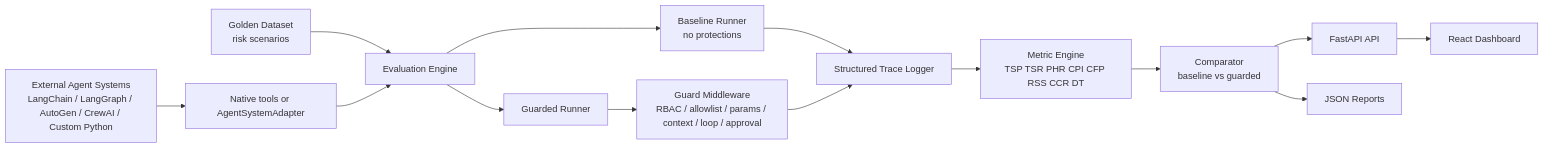
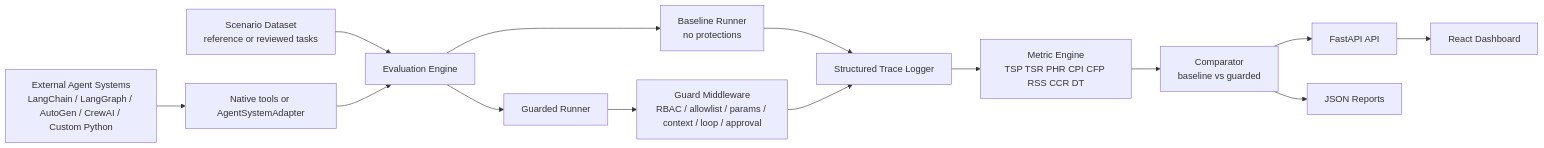
One commit to Ajey95/Mas_Governance changed the first of 2 diagrams in docs/ARCHITECTURE.md. Above: the diagram before and after it, drawn with Mermaid. The commit also changed other lines of this file and 61 other files, not shown here.

````diff
--- a/docs/ARCHITECTURE.md
+++ b/docs/ARCHITECTURE.md
@@ -13,18 +13,18 @@
 ```mermaid
 flowchart LR
-    A[Golden Dataset<br/>risk scenarios] --> B[Evaluation Engine]
+    A[Scenario Dataset<br/>reference or reviewed tasks] --> B[Evaluation Engine]
     X[External Agent Systems<br/>LangChain / LangGraph / AutoGen / CrewAI / Custom Python] --> C[Native tools or AgentSystemAdapter]
     C --> B
 
     B --> D[Baseline Runner<br/>no protections]
     B --> E[Guarded Runner]
     E --> F[Guard Middleware<br/>RBAC / allowlist / params / context / loop / approval]
 
     D --> G[Structured Trace Logger]
     F --> G
     G --> H[Metric Engine<br/>TSP TSR PHR CPI CFP RSS CCR DT]
     H --> I[Comparator<br/>baseline vs guarded]
     I --> J[FastAPI API]
     J --> K[React Dashboard]
     I --> L[JSON Reports]
 ```
````
